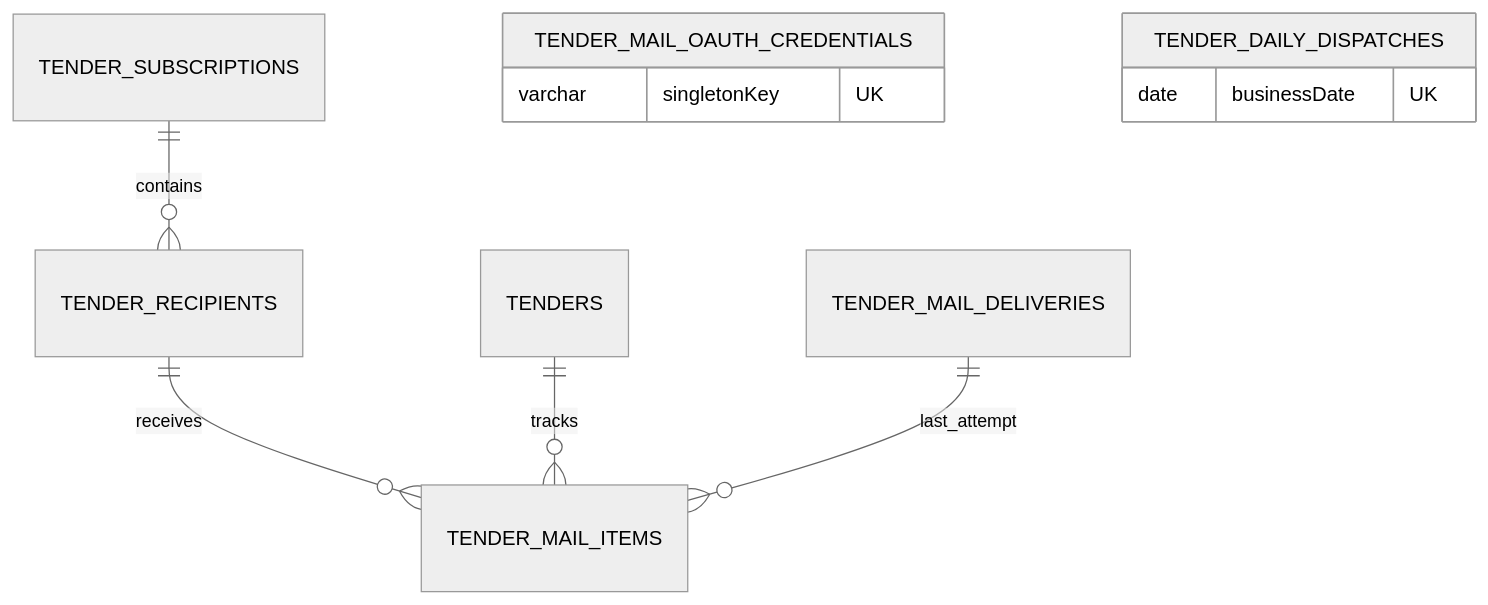
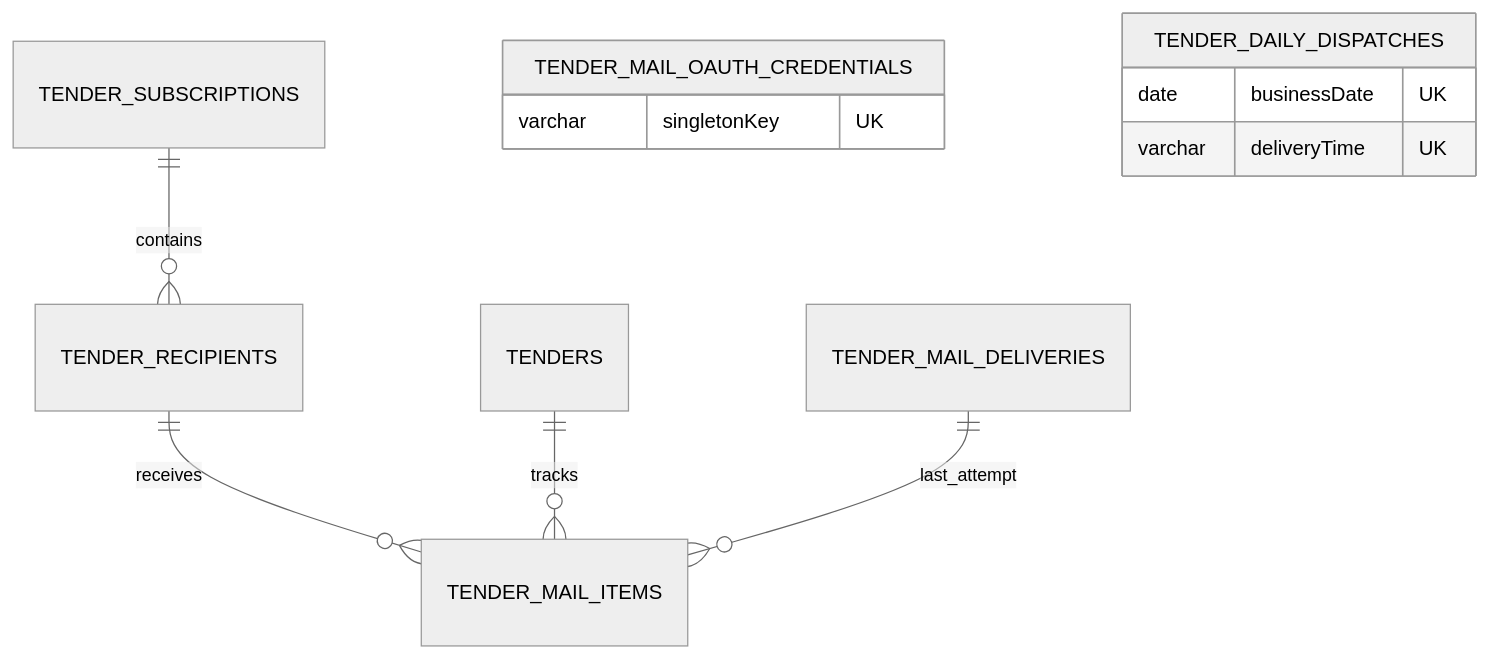
Before and after one commit to df-kjh/dfkorea-homepage: the diagram in database-schema.md, drawn with Mermaid (neutral theme). The commit also changed other lines of this file and 9 other files, not shown here.

````diff
--- a/database-schema.md
+++ b/database-schema.md
@@ -29,13 +29,14 @@
 ```mermaid
 erDiagram
   TENDER_SUBSCRIPTIONS ||--o{ TENDER_RECIPIENTS : contains
   TENDER_RECIPIENTS ||--o{ TENDER_MAIL_ITEMS : receives
   TENDERS ||--o{ TENDER_MAIL_ITEMS : tracks
   TENDER_MAIL_DELIVERIES ||--o{ TENDER_MAIL_ITEMS : last_attempt
   TENDER_MAIL_OAUTH_CREDENTIALS {
     varchar singletonKey UK
   }
   TENDER_DAILY_DISPATCHES {
     date businessDate UK
+    varchar deliveryTime UK
   }
 ```
````
